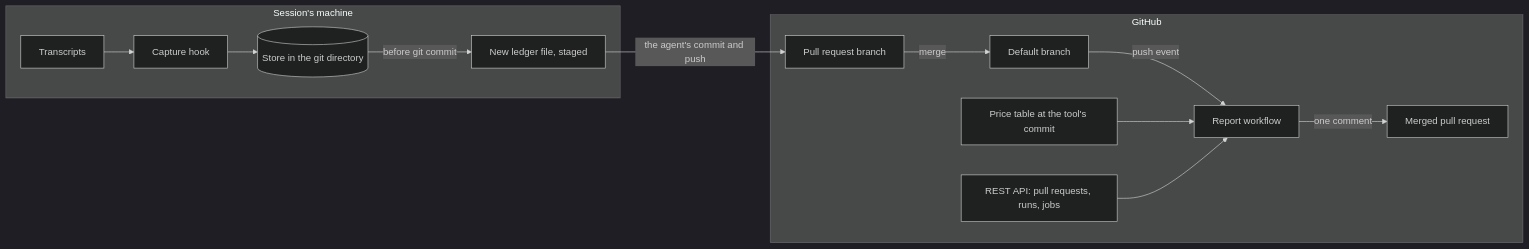
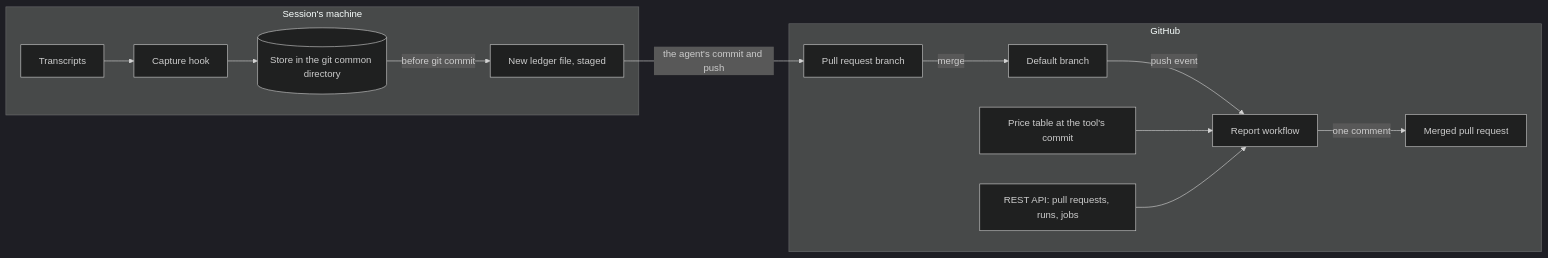
One commit to niko-kotiniemi-oss/agentic-pr-cost-calculator changed the first of 7 diagrams in docs/how-it-works.md. Above: the diagram before and after it, drawn with Mermaid (dark theme). The commit also changed other lines of this file and 10 other files, not shown here.

````diff
--- a/docs/how-it-works.md
+++ b/docs/how-it-works.md
@@ -72,16 +73,16 @@
 ```mermaid
 flowchart LR
   subgraph machine["Session's machine"]
     T[Transcripts] --> H[Capture hook]
-    H --> S[(Store in the git directory)]
+    H --> S[(Store in the git common directory)]
     S -->|before git commit| L[New ledger file, staged]
   end
   L -->|the agent's commit and push| PR[Pull request branch]
   subgraph github["GitHub"]
     PR -->|merge| M[Default branch]
     M -->|push event| R[Report workflow]
     P[Price table at the tool's commit] --> R
     A[REST API: pull requests, runs, jobs] --> R
     R -->|one comment| C[Merged pull request]
   end
 ```
````
